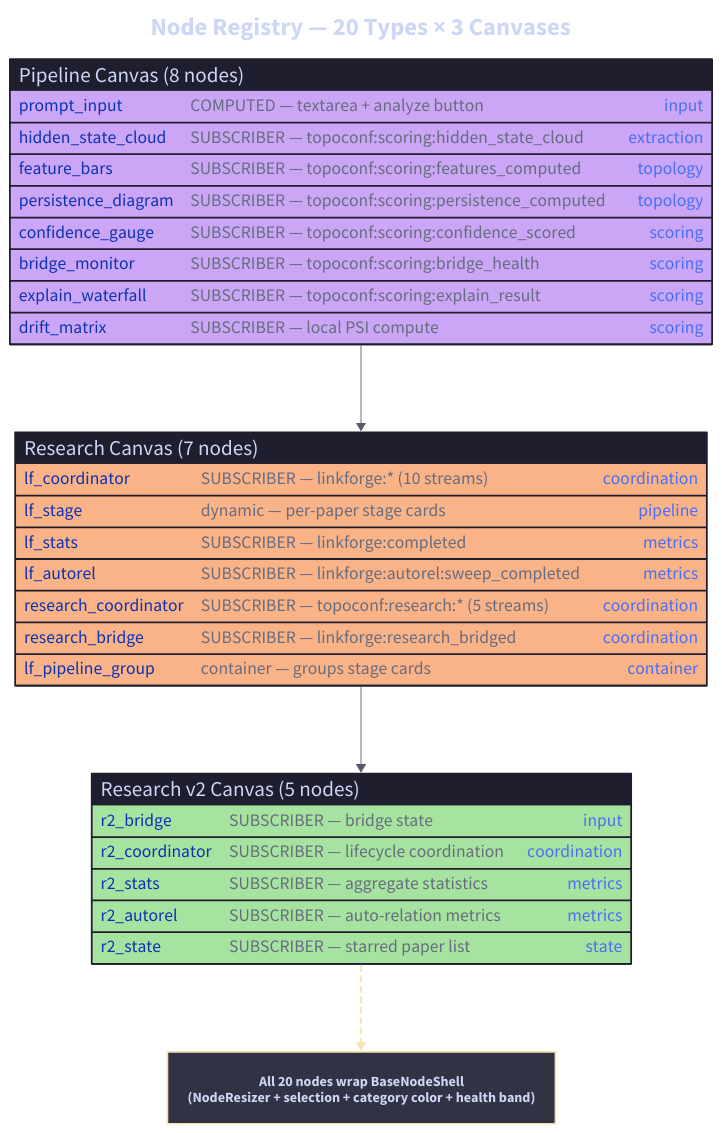
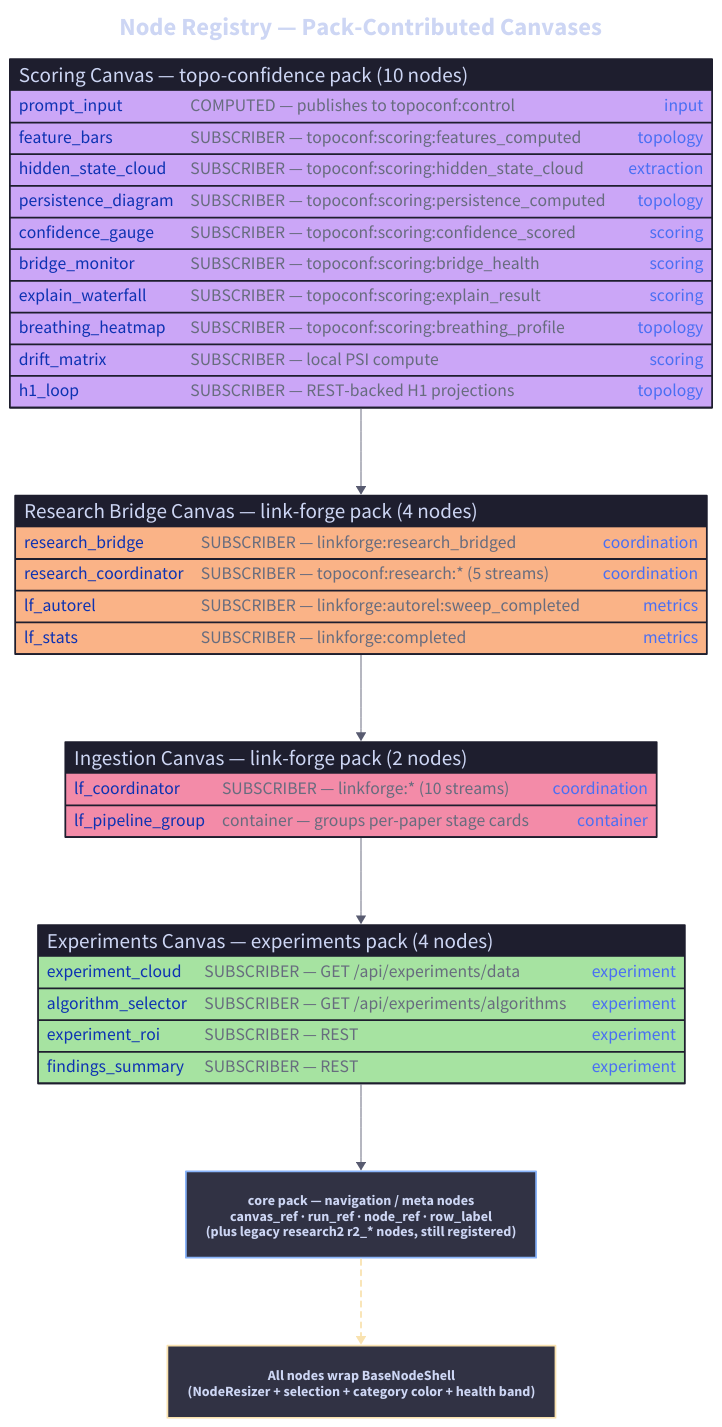
Before and after one commit to musicofhel/node-graph-substrate: the diagram in docs/diagrams/07-node-registry.d2, drawn with D2. The commit also changed 13 other files, not shown here.

First line of the commit message:
docs: update + re-render D2 diagrams to match pack-based architecture

```diff
--- a/docs/diagrams/07-node-registry.d2
+++ b/docs/diagrams/07-node-registry.d2
@@ -1,71 +1,77 @@
 direction: down
 
 title: {
-  label: "Node Registry — 20 Types × 3 Canvases"
+  label: "Node Registry — Pack-Contributed Canvases"
   near: top-center
   shape: text
   style.font-size: 28
   style.bold: true
   style.font-color: "#cdd6f4"
 }
 
-pipeline: "Pipeline Canvas (8 nodes)" {
+scoring: "Scoring Canvas — topo-confidence pack (10 nodes)" {
   shape: sql_table
   style.fill: "#1e1e2e"
   style.stroke: "#cba6f7"
   style.font-color: "#cdd6f4"
-  prompt_input: "COMPUTED — textarea + analyze button" {constraint: "input"}
+  prompt_input: "COMPUTED — publishes to topoconf:control" {constraint: "input"}
+  feature_bars: "SUBSCRIBER — topoconf:scoring:features_computed" {constraint: "topology"}
   hidden_state_cloud: "SUBSCRIBER — topoconf:scoring:hidden_state_cloud" {constraint: "extraction"}
-  feature_bars: "SUBSCRIBER — topoconf:scoring:features_computed" {constraint: "topology"}
   persistence_diagram: "SUBSCRIBER — topoconf:scoring:persistence_computed" {constraint: "topology"}
   confidence_gauge: "SUBSCRIBER — topoconf:scoring:confidence_scored" {constraint: "scoring"}
   bridge_monitor: "SUBSCRIBER — topoconf:scoring:bridge_health" {constraint: "scoring"}
   explain_waterfall: "SUBSCRIBER — topoconf:scoring:explain_result" {constraint: "scoring"}
+  breathing_heatmap: "SUBSCRIBER — topoconf:scoring:breathing_profile" {constraint: "topology"}
   drift_matrix: "SUBSCRIBER — local PSI compute" {constraint: "scoring"}
+  h1_loop: "SUBSCRIBER — REST-backed H1 projections" {constraint: "topology"}
 }
 
-research: "Research Canvas (7 nodes)" {
+research_bridge: "Research Bridge Canvas — link-forge pack (4 nodes)" {
   shape: sql_table
   style.fill: "#1e1e2e"
   style.stroke: "#fab387"
   style.font-color: "#cdd6f4"
-  lf_coordinator: "SUBSCRIBER — linkforge:* (10 streams)" {constraint: "coordination"}
-  lf_stage: "dynamic — per-paper stage cards" {constraint: "pipeline"}
+  research_bridge: "SUBSCRIBER — linkforge:research_bridged" {constraint: "coordination"}
+  research_coordinator: "SUBSCRIBER — topoconf:research:* (5 streams)" {constraint: "coordination"}
+  lf_autorel: "SUBSCRIBER — linkforge:autorel:sweep_completed" {constraint: "metrics"}
   lf_stats: "SUBSCRIBER — linkforge:completed" {constraint: "metrics"}
-  lf_autorel: "SUBSCRIBER — linkforge:autorel:sweep_completed" {constraint: "metrics"}
-  research_coordinator: "SUBSCRIBER — topoconf:research:* (5 streams)" {constraint: "coordination"}
-  research_bridge: "SUBSCRIBER — linkforge:research_bridged" {constraint: "coordination"}
-  lf_pipeline_group: "container — groups stage cards" {constraint: "container"}
 }
 
-r2: "Research v2 Canvas (5 nodes)" {
+ingestion: "Ingestion Canvas — link-forge pack (2 nodes)" {
+  shape: sql_table
+  style.fill: "#1e1e2e"
+  style.stroke: "#f38ba8"
+  style.font-color: "#cdd6f4"
+  lf_coordinator: "SUBSCRIBER — linkforge:* (10 streams)" {constraint: "coordination"}
+  lf_pipeline_group: "container — groups per-paper stage cards" {constraint: "container"}
+}
+
+experiments: "Experiments Canvas — experiments pack (4 nodes)" {
   shape: sql_table
   style.fill: "#1e1e2e"
   style.stroke: "#a6e3a1"
   style.font-color: "#cdd6f4"
-  r2_bridge: "SUBSCRIBER — bridge state" {constraint: "input"}
-  r2_coordinator: "SUBSCRIBER — lifecycle coordination" {constraint: "coordination"}
-  r2_stats: "SUBSCRIBER — aggregate statistics" {constraint: "metrics"}
-  r2_autorel: "SUBSCRIBER — auto-relation metrics" {constraint: "metrics"}
-  r2_state: "SUBSCRIBER — starred paper list" {constraint: "state"}
+  experiment_cloud: "SUBSCRIBER — GET /api/experiments/data" {constraint: "experiment"}
+  algorithm_selector: "SUBSCRIBER — GET /api/experiments/algorithms" {constraint: "experiment"}
+  experiment_roi: "SUBSCRIBER — REST" {constraint: "experiment"}
+  findings_summary: "SUBSCRIBER — REST" {constraint: "experiment"}
 }
 
-shared: "All 20 nodes wrap BaseNodeShell\n(NodeResizer + selection + category color + health band)" {
+core: "core pack — navigation / meta nodes" {
+  style.fill: "#313244"
+  style.stroke: "#89b4fa"
+  style.font-color: "#cdd6f4"
+  label: "core pack — navigation / meta nodes\ncanvas_ref · run_ref · node_ref · row_label\n(plus legacy research2 r2_* nodes, still registered)"
+}
+
+shared: "All nodes wrap BaseNodeShell\n(NodeResizer + selection + category color + health band)" {
   style.fill: "#313244"
   style.stroke: "#f9e2af"
   style.font-color: "#cdd6f4"
 }
 
-pipeline -> research: "" {
-  style.stroke: "#585b70"
-  style.stroke-width: 1
-}
-research -> r2: "" {
-  style.stroke: "#585b70"
-  style.stroke-width: 1
-}
-r2 -> shared: "" {
-  style.stroke: "#f9e2af"
-  style.stroke-width: 2
-  style.stroke-dash: 3
-}
+scoring -> research_bridge: "" {style.stroke: "#585b70"; style.stroke-width: 1}
+research_bridge -> ingestion: "" {style.stroke: "#585b70"; style.stroke-width: 1}
+ingestion -> experiments: "" {style.stroke: "#585b70"; style.stroke-width: 1}
+experiments -> core: "" {style.stroke: "#585b70"; style.stroke-width: 1}
+core -> shared: "" {style.stroke: "#f9e2af"; style.stroke-width: 2; style.stroke-dash: 3}
```
